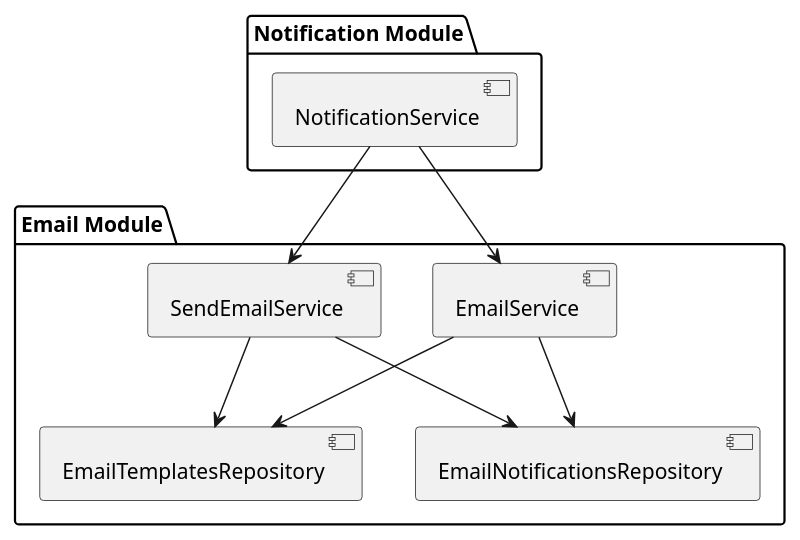
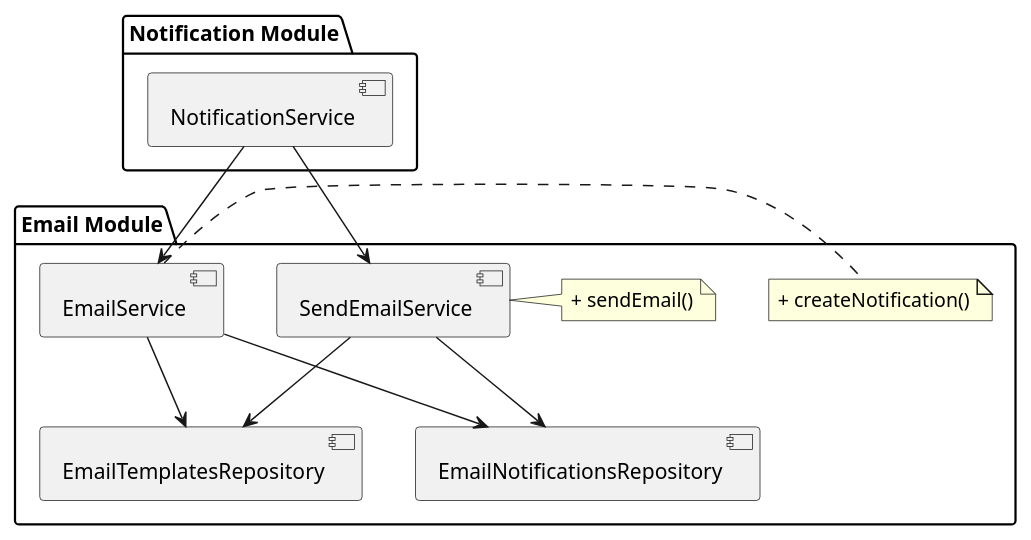
One commit to Joazen544/house-cowork-architecture changed the diagram in docs/diagrams/notification/notification-system-with-email.puml. Above: the diagram before and after it, drawn with PlantUML. The commit also changed 4 other files, not shown here.

```diff
--- a/docs/diagrams/notification/notification-system-with-email.puml
+++ b/docs/diagrams/notification/notification-system-with-email.puml
@@ -1,16 +1,29 @@
 @startuml notification-system-with-email
 
 package "Notification Module" {
   [NotificationService]
 }
 
 package "Email Module" {
+  [EmailService]
+  note right of [EmailService]
+    + createNotification()
+  end note
+
+  [SendEmailService]
+  note right of [SendEmailService]
+    + sendEmail()
+  end note
+
+  [EmailTemplatesRepository]
+  [EmailNotificationsRepository]
+
   [EmailService] --> [EmailTemplatesRepository]
   [EmailService] --> [EmailNotificationsRepository]
   [SendEmailService] --> [EmailTemplatesRepository]
   [SendEmailService] --> [EmailNotificationsRepository]
 }
 
 [NotificationService] --> [EmailService]
 [NotificationService] --> [SendEmailService]
 @enduml
```
